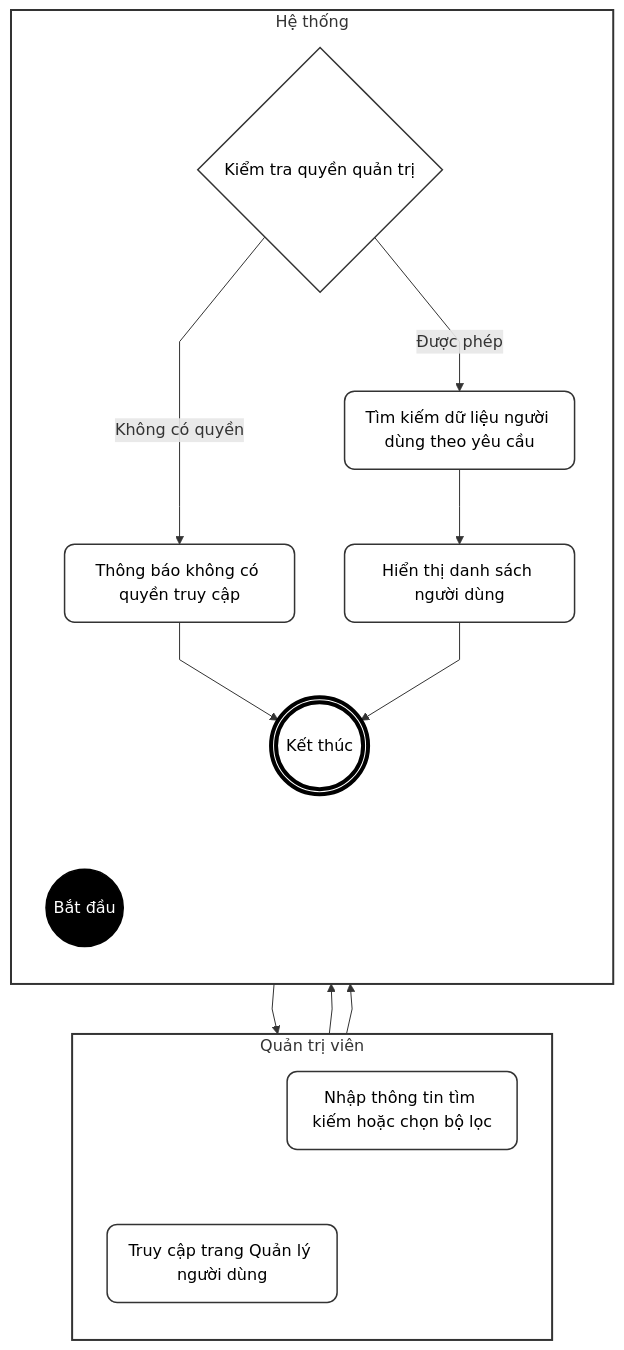
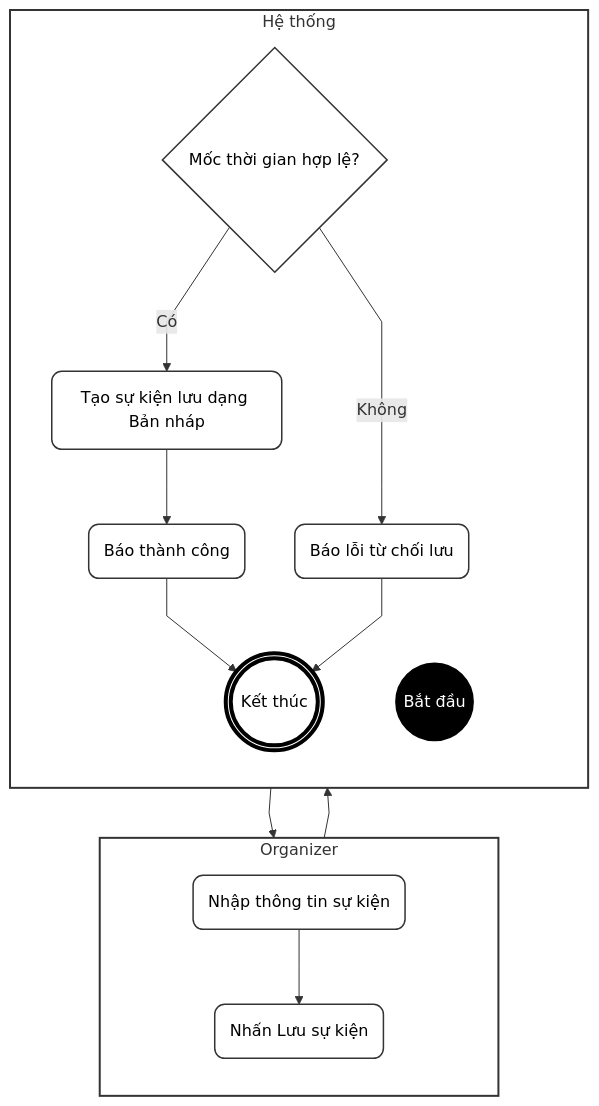
Before and after one commit to ChuDucAnh21/BE-quan-ly-su-kien: the first of 6 diagrams in doc/system_analysis/activity diagram/08b_activity_admin_event_staff.md, drawn with Mermaid. The commit also changed other lines of this file and 14 other files, not shown here.

````diff
--- a/doc/system_analysis/activity diagram/08b_activity_admin_event_staff.md
+++ b/doc/system_analysis/activity diagram/08b_activity_admin_event_staff.md
@@ -13,51 +7,42 @@
 ```mermaid
 %%{init: {"flowchart": {"curve": "linear"}}}%%
 flowchart TD
     classDef default fill:#fff,stroke:#333,stroke-width:1.5px,color:#000,rx:10px,ry:10px;
     classDef startNode fill:#000,stroke:#000,color:#fff;
     classDef endNode fill:#fff,stroke:#000,stroke-width:4px,color:#000;
     classDef hidden fill:none,stroke:none,color:none;
 
-    subgraph TacNhan [Quản trị viên]
+    subgraph Organizer [Organizer]
         direction TB
         T_start(" "):::hidden
-        A(Truy cập trang Quản lý người dùng)
-        B(Nhập thông tin tìm kiếm hoặc chọn bộ lọc)
+        A(Nhập thông tin sự kiện)
+        B(Nhấn Lưu sự kiện)
         T_end(" "):::hidden
     end
 
-    subgraph HeThong [Hệ thống]
+    subgraph System [Hệ thống]
         direction TB
         H_start(" "):::hidden
         Start((Bắt đầu)):::startNode
-        C{Kiểm tra quyền quản trị}
-        D(Thông báo không có quyền truy cập)
-        E(Tìm kiếm dữ liệu người dùng theo yêu cầu)
-        F(Hiển thị danh sách người dùng)
+        C{Mốc thời gian hợp lệ?}
+        D(Báo lỗi từ chối lưu)
+        E(Tạo sự kiện lưu dạng Bản nháp)
+        F(Báo thành công)
         End(((Kết thúc))):::endNode
         H_end(" "):::hidden
     end
 
     T_start ~~~ H_start
     T_end ~~~ H_end
-
-    T_start ~~~ A
-    B ~~~ T_end
-
-    H_start ~~~ Start
-    End ~~~ H_end
-
     Start --> A
-    A --> C
+    A --> B
     B --> C
-
-    C -- Không có quyền --> D
+    C -- Không --> D
+    C -- Có --> E
+    E --> F
+    F --> End
     D --> End
 
-    C -- Được phép --> E
-    E --> F
-    F --> End
-
-    style TacNhan fill:#fff,stroke:#333,stroke-width:2px
-    style HeThong fill:#fff,stroke:#333,stroke-width:2px
+    style Organizer fill:#fff,stroke:#333,stroke-width:2px
+    style System fill:#fff,stroke:#333,stroke-width:2px
 ```
````
